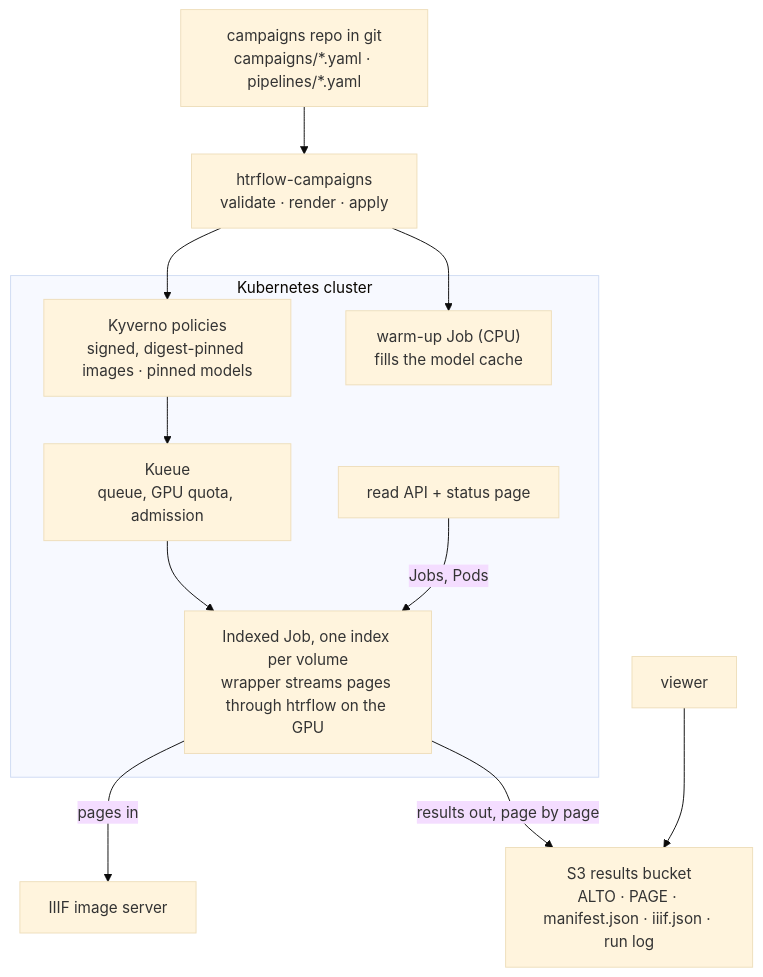
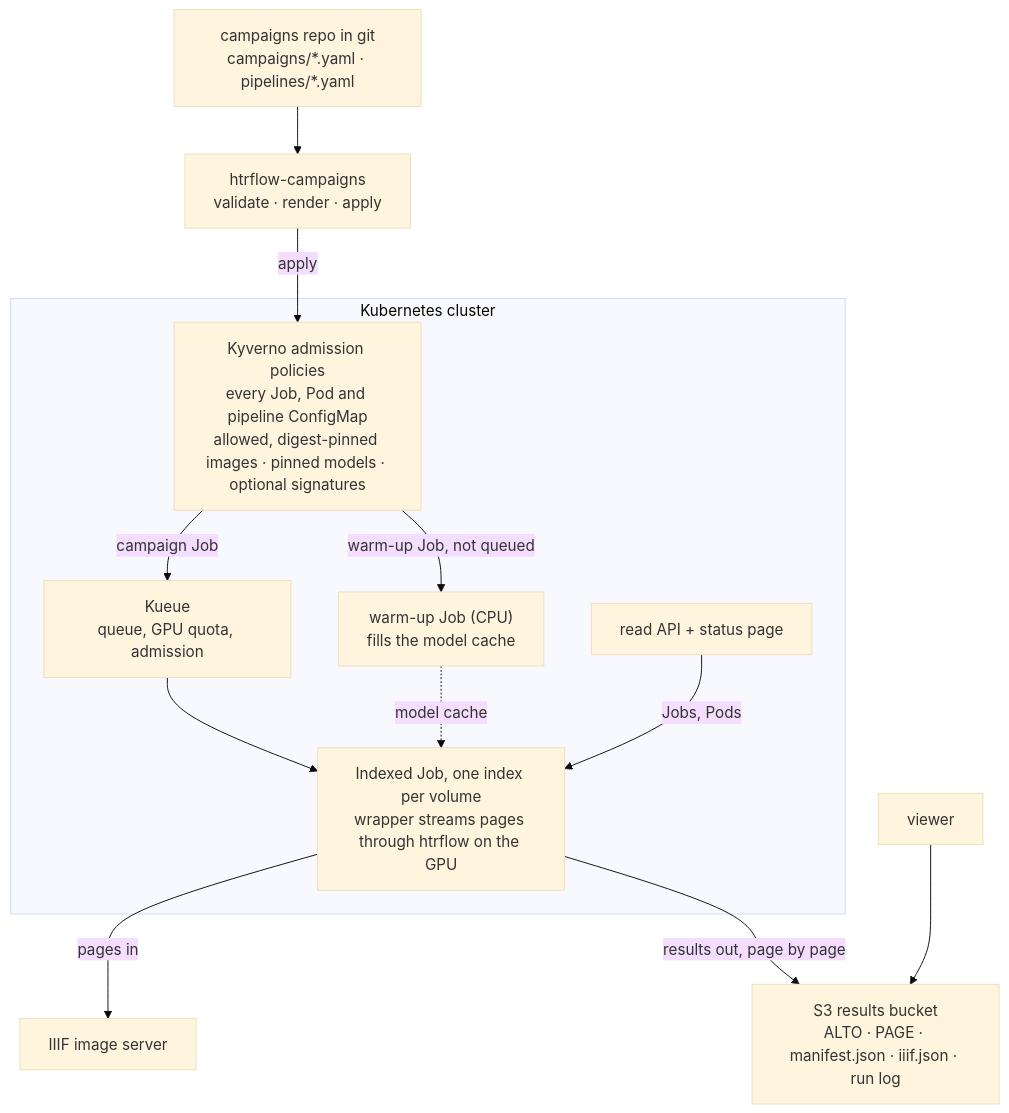
Before and after one commit to AI-Riksarkivet/htrflow-batch: the first of 2 diagrams in README.md, drawn with Mermaid (base theme). The commit also changed 2 other files, not shown here.

Commit message:
docs(diagrams): Kyverno admits the warm-up Job too; only the campaign Job goes through Kueue
Kyverno's policies match every Job and Pod in the namespace plus the converter's ConfigMaps, so the warm-up Job — which loads the pipeline's models — is checked the same as the campaign Job. The diagrams drew Kyverno as a step in one chain before Kueue, which hid that. The warm-up carries no queue label, so it skips Kueue, and it feeds the Job the model cache. Also: one warm-up Job per pipeline file, and image signatures are an optional policy.

Claude-Session: https://claude.ai/code/session_01WVYFeZuDu8guBbvkBzCBhN

````diff
--- a/README.md
+++ b/README.md
@@ -47,23 +47,25 @@
 ```mermaid
 %% One campaign, from a YAML file in git to results in the viewer.
 flowchart TB
     repo["campaigns repo in git<br/>campaigns/*.yaml · pipelines/*.yaml"]
     conv["htrflow-campaigns<br/>validate · render · apply"]
     subgraph cluster["Kubernetes cluster"]
-        kyverno["Kyverno policies<br/>signed, digest-pinned images · pinned models"]
+        kyverno["Kyverno admission policies<br/>every Job, Pod and pipeline ConfigMap<br/>allowed, digest-pinned images · pinned models · optional signatures"]
         kueue["Kueue<br/>queue, GPU quota, admission"]
         warm["warm-up Job (CPU)<br/>fills the model cache"]
         job["Indexed Job, one index per volume<br/>wrapper streams pages through htrflow on the GPU"]
         web["read API + status page"]
     end
     iiif["IIIF image server"]
     s3["S3 results bucket<br/>ALTO · PAGE · manifest.json · iiif.json · run log"]
     viewer["viewer"]
 
-    repo --> conv --> kyverno --> kueue --> job
-    conv --> warm
+    repo --> conv -->|apply| kyverno
+    kyverno -->|campaign Job| kueue --> job
+    kyverno -->|warm-up Job, not queued| warm
+    warm -.->|model cache| job
     job -->|pages in| iiif
     job -->|results out, page by page| s3
     web -->|Jobs, Pods| job
     viewer --> s3
 ```
````
